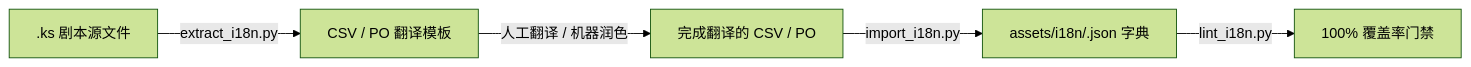
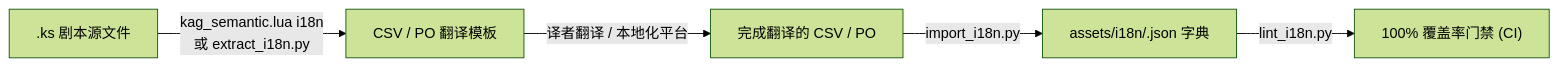
One commit to ailiasdesu/Caesura-AmeKAG changed the third of 3 diagrams in docs/guides/creator-toolchain-and-i18n.md. Above: the diagram before and after it, drawn with Mermaid (forest theme). The commit also changed other lines of this file and 3 other files, not shown here.

````diff
--- a/docs/guides/creator-toolchain-and-i18n.md
+++ b/docs/guides/creator-toolchain-and-i18n.md
@@ -34,7 +165,7 @@
 ```mermaid
 flowchart LR
-    ks[".ks 剧本源文件"] -->|extract_i18n.py| table["CSV / PO 翻译模板"]
-    table -->|人工翻译 / 机器润色| trans["完成翻译的 CSV / PO"]
+    ks[".ks 剧本源文件"] -->|kag_semantic.lua i18n\n或 extract_i18n.py| table["CSV / PO 翻译模板"]
+    table -->|译者翻译 / 本地化平台| trans["完成翻译的 CSV / PO"]
     trans -->|import_i18n.py| runtime["assets/i18n/<lang>.json 字典"]
-    runtime -->|lint_i18n.py| audit["100% 覆盖率门禁"]
+    runtime -->|lint_i18n.py| audit["100% 覆盖率门禁 (CI)"]
 ```
````
